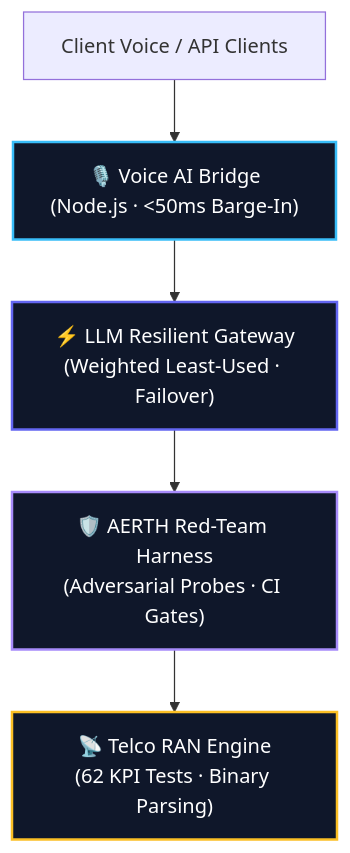
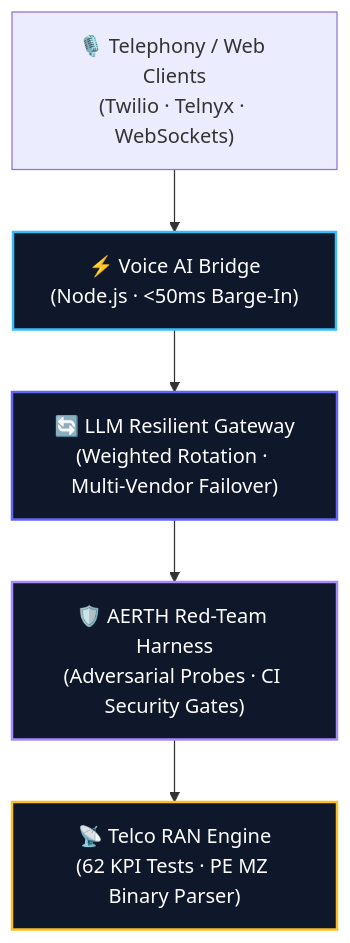
One commit to SerjCallier/SerjCallier changed the diagram in README.md. Above: the diagram before and after it, drawn with Mermaid. The commit also changed other lines of this file, not shown here.

````diff
--- a/README.md
+++ b/README.md
@@ -13,12 +13,12 @@
 ```mermaid
 flowchart TD
     classDef voice fill:#0f172a,stroke:#38bdf8,stroke-width:2px,color:#fff;
     classDef gw fill:#0f172a,stroke:#6366f1,stroke-width:2px,color:#fff;
     classDef eval fill:#0f172a,stroke:#a78bfa,stroke-width:2px,color:#fff;
     classDef ran fill:#0f172a,stroke:#fbbf24,stroke-width:2px,color:#fff;
 
-    CLIENT["Client Voice / API Clients"] --> VAI["🎙️ Voice AI Bridge<br/>(Node.js · <50ms Barge-In)"]:::voice
-    VAI --> GW["⚡ LLM Resilient Gateway<br/>(Weighted Least-Used · Failover)"]:::gw
-    GW --> EVAL["🛡️ AERTH Red-Team Harness<br/>(Adversarial Probes · CI Gates)"]:::eval
-    EVAL --> RAN["📡 Telco RAN Engine<br/>(62 KPI Tests · Binary Parsing)"]:::ran
+    CLIENT["🎙️ Telephony / Web Clients\n(Twilio · Telnyx · WebSockets)"] --> VAI["⚡ Voice AI Bridge\n(Node.js · <50ms Barge-In)"]:::voice
+    VAI --> GW["🔄 LLM Resilient Gateway\n(Weighted Rotation · Multi-Vendor Failover)"]:::gw
+    GW --> EVAL["🛡️ AERTH Red-Team Harness\n(Adversarial Probes · CI Security Gates)"]:::eval
+    EVAL --> RAN["📡 Telco RAN Engine\n(62 KPI Tests · PE MZ Binary Parser)"]:::ran
 ```
````
